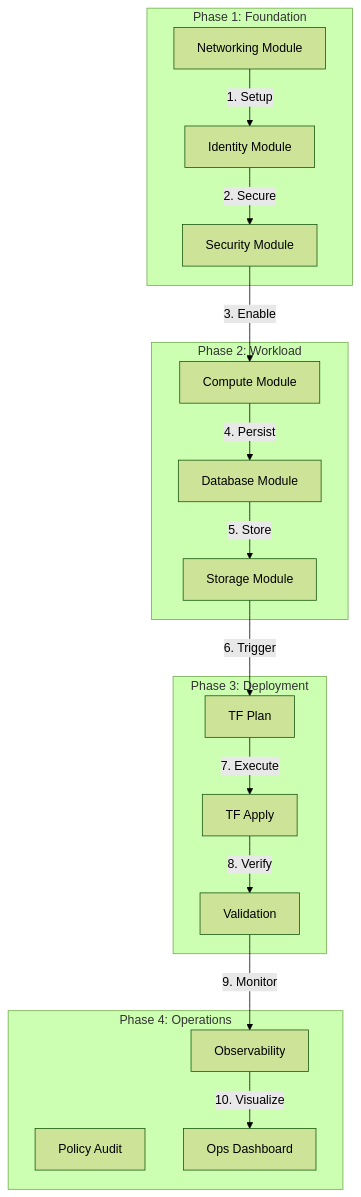
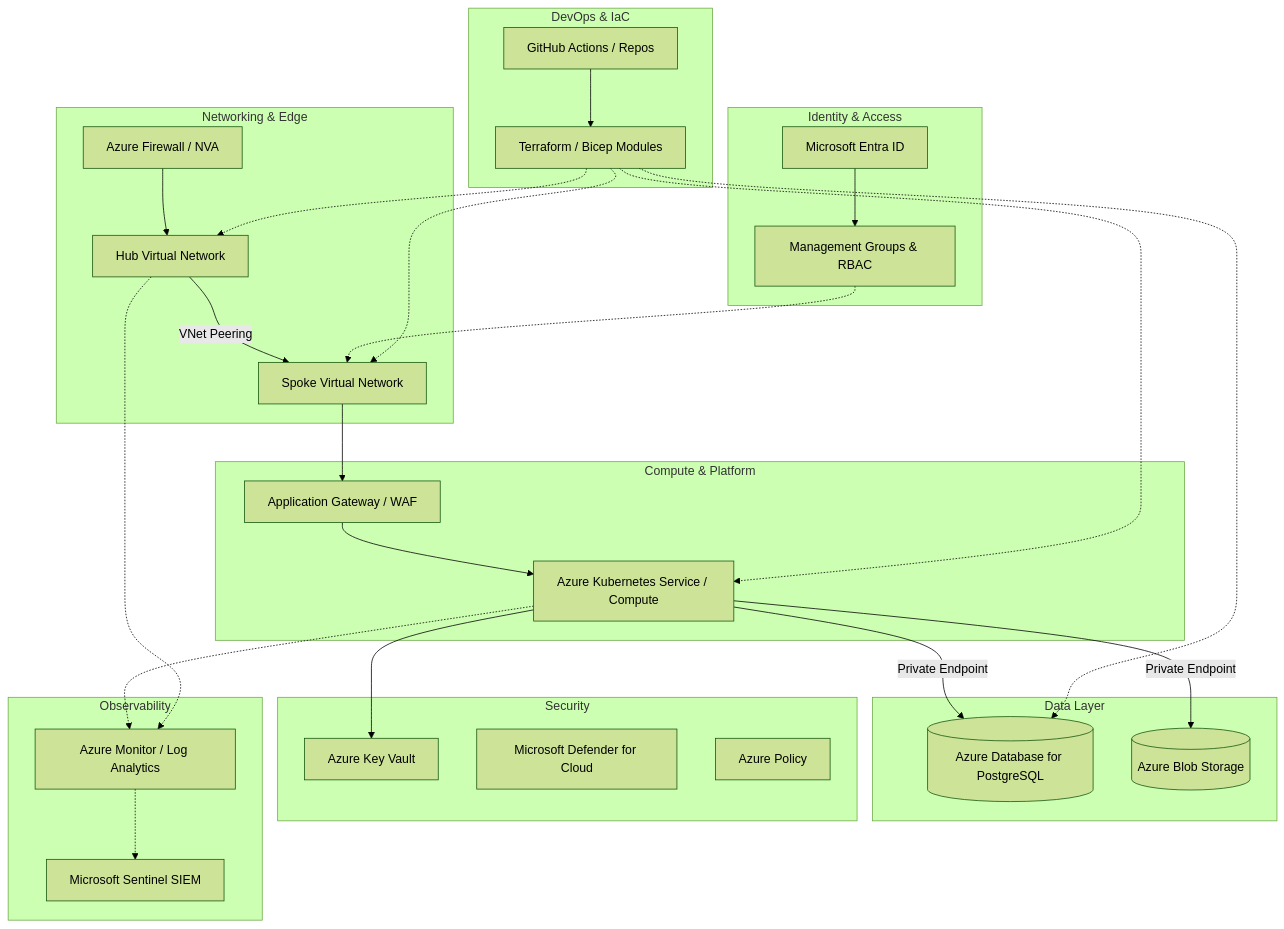
The diagram in README.md (Devopstrio/workload-landingzone-iac), drawn with Mermaid (forest theme) before and after one commit. The commit also changed other lines of this file and 2 other files, not shown here.

Commit message:
docs: add high-level enterprise workload landing zone architecture diagram

````diff
--- a/README.md
+++ b/README.md
@@ -45,37 +48,57 @@
 ```mermaid
 graph TD
-    subgraph "Phase 1: Foundation"
-        Net[Networking Module]
-        Id[Identity Module]
-        Sec[Security Module]
+    subgraph "DevOps & IaC"
+        GitHub[GitHub Actions / Repos]
+        Terraform[Terraform / Bicep Modules]
+        GitHub --> Terraform
     end
 
-    subgraph "Phase 2: Workload"
-        Comp[Compute Module]
-        DB[Database Module]
-        Store[Storage Module]
+    subgraph "Identity & Access"
+        Entra[Microsoft Entra ID]
+        MgmtGrp[Management Groups & RBAC]
+        Entra --> MgmtGrp
     end
 
-    subgraph "Phase 3: Deployment"
-        Plan[TF Plan]
-        App[TF Apply]
-        Val[Validation]
+    subgraph "Networking & Edge"
+        FW[Azure Firewall / NVA]
+        HubVNet[Hub Virtual Network]
+        SpokeVNet[Spoke Virtual Network]
+        FW --> HubVNet
+        HubVNet -->|VNet Peering| SpokeVNet
     end
 
-    subgraph "Phase 4: Operations"
-        Mon[Observability]
-        Pol[Policy Audit]
-        Dash[Ops Dashboard]
+    subgraph "Compute & Platform"
+        AppGW[Application Gateway / WAF]
+        AKS[Azure Kubernetes Service / Compute]
+        SpokeVNet --> AppGW
+        AppGW --> AKS
     end
 
-    Net -->|1. Setup| Id
-    Id -->|2. Secure| Sec
-    Sec -->|3. Enable| Comp
-    Comp -->|4. Persist| DB
-    DB -->|5. Store| Store
-    Store -->|6. Trigger| Plan
-    Plan -->|7. Execute| App
-    App -->|8. Verify| Val
-    Val -->|9. Monitor| Mon
-    Mon -->|10. Visualize| Dash
+    subgraph "Data Layer"
+        Postgres[(Azure Database for PostgreSQL)]
+        Blob[(Azure Blob Storage)]
+        AKS -->|Private Endpoint| Postgres
+        AKS -->|Private Endpoint| Blob
+    end
+
+    subgraph "Security"
+        KeyVault[Azure Key Vault]
+        Defender[Microsoft Defender for Cloud]
+        Policy[Azure Policy]
+        AKS --> KeyVault
+    end
+
+    subgraph "Observability"
+        Monitor[Azure Monitor / Log Analytics]
+        Sentinel[Microsoft Sentinel SIEM]
+        AKS -.-> Monitor
+        HubVNet -.-> Monitor
+        Monitor -.-> Sentinel
+    end
+
+    MgmtGrp -.-> SpokeVNet
+    Terraform -.-> HubVNet
+    Terraform -.-> SpokeVNet
+    Terraform -.-> AKS
+    Terraform -.-> Postgres
 ```
````
